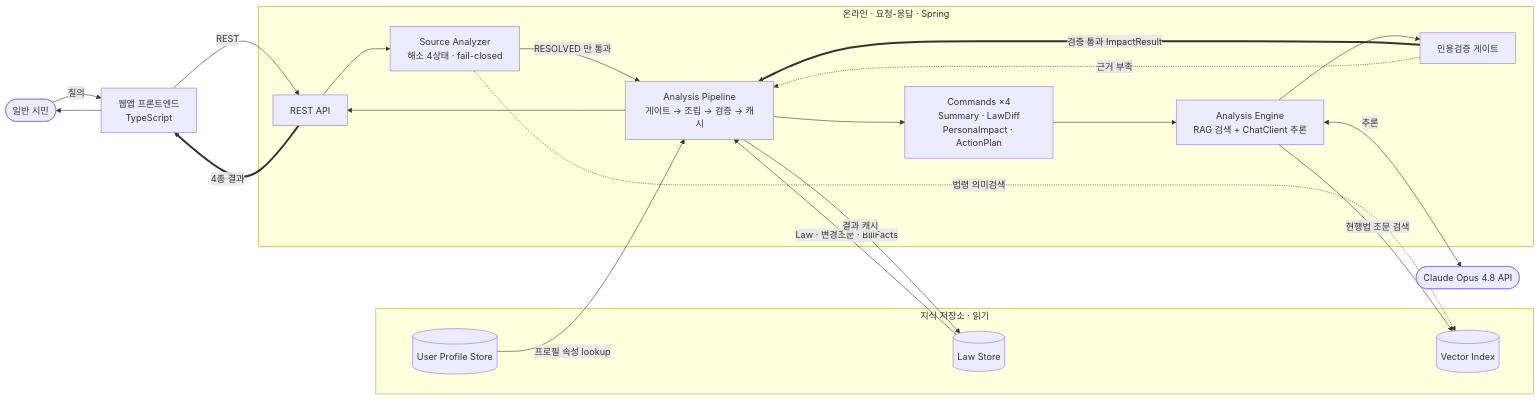
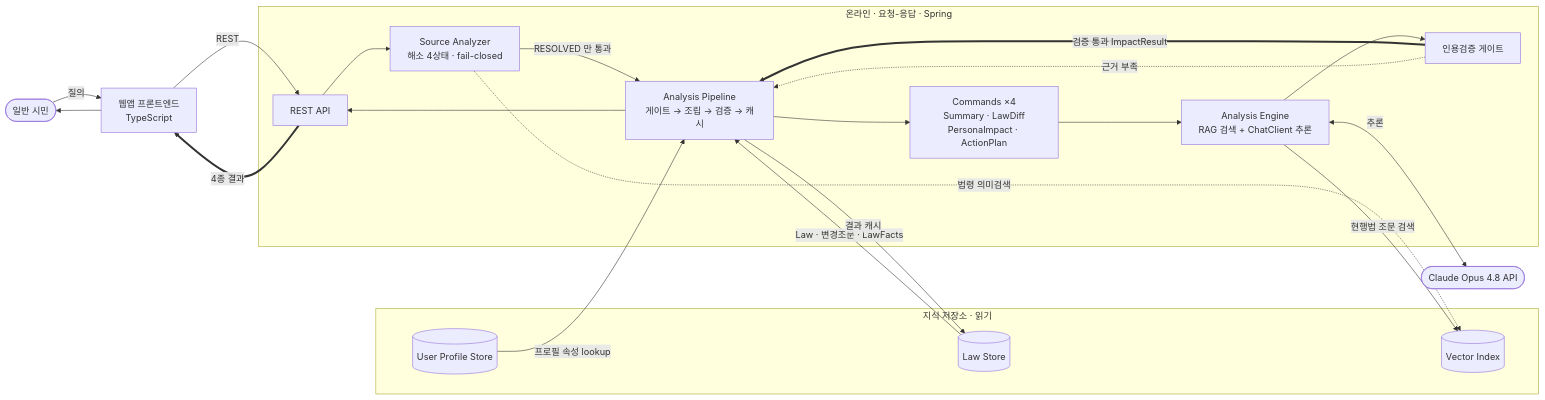
One commit to HappyGogildong/Legal-data-impact-service changed the second of 2 diagrams in docs/architecture/v0.8-pending-law-corpus.md. Above: the diagram before and after it, drawn with Mermaid. The commit also changed other lines of this file and 13 other files, not shown here.

First line of the commit message:
docs: BillFacts → LawFacts 개명 (D44)

````diff
--- a/docs/architecture/v0.8-pending-law-corpus.md
+++ b/docs/architecture/v0.8-pending-law-corpus.md
@@ -100,36 +101,36 @@
 ```mermaid
 flowchart LR
     USER(["일반 시민"])
     W1["웹앱 프론트엔드<br/>TypeScript"]
 
     subgraph ON["온라인 · 요청-응답 · Spring"]
         K4["REST API"]
         C2["Source Analyzer<br/>해소 4상태 · fail-closed"]
         K3["Analysis Pipeline<br/>게이트 → 조립 → 검증 → 캐시"]
         K6["Commands ×4<br/>Summary · LawDiff<br/>PersonaImpact · ActionPlan"]
         C4["Analysis Engine<br/>RAG 검색 + ChatClient 추론"]
         V1["인용검증 게이트"]
     end
 
     subgraph STORE2["지식 저장소 · 읽기"]
         S1b[("Law Store")]
         S2b[("Vector Index")]
         S3b[("User Profile Store")]
     end
 
     LLM(["Claude Opus 4.8 API"])
 
     USER -->|질의| W1 -->|REST| K4 --> C2
     C2 -. 법령 의미검색 .-> S2b
     C2 -->|RESOLVED 만 통과| K3
-    S1b -->|Law · 변경조문 · BillFacts| K3
+    S1b -->|Law · 변경조문 · LawFacts| K3
     S3b -->|프로필 속성 lookup| K3
     K3 --> K6 --> C4
     C4 -->|현행법 조문 검색| S2b
     C4 <-->|추론| LLM
     C4 --> V1
     V1 ==>|검증 통과 ImpactResult| K3
     V1 -. 근거 부족 .-> K3
     K3 -->|결과 캐시| S1b
     K3 --> K4 ==>|4종 결과| W1 --> USER
 ```
````
